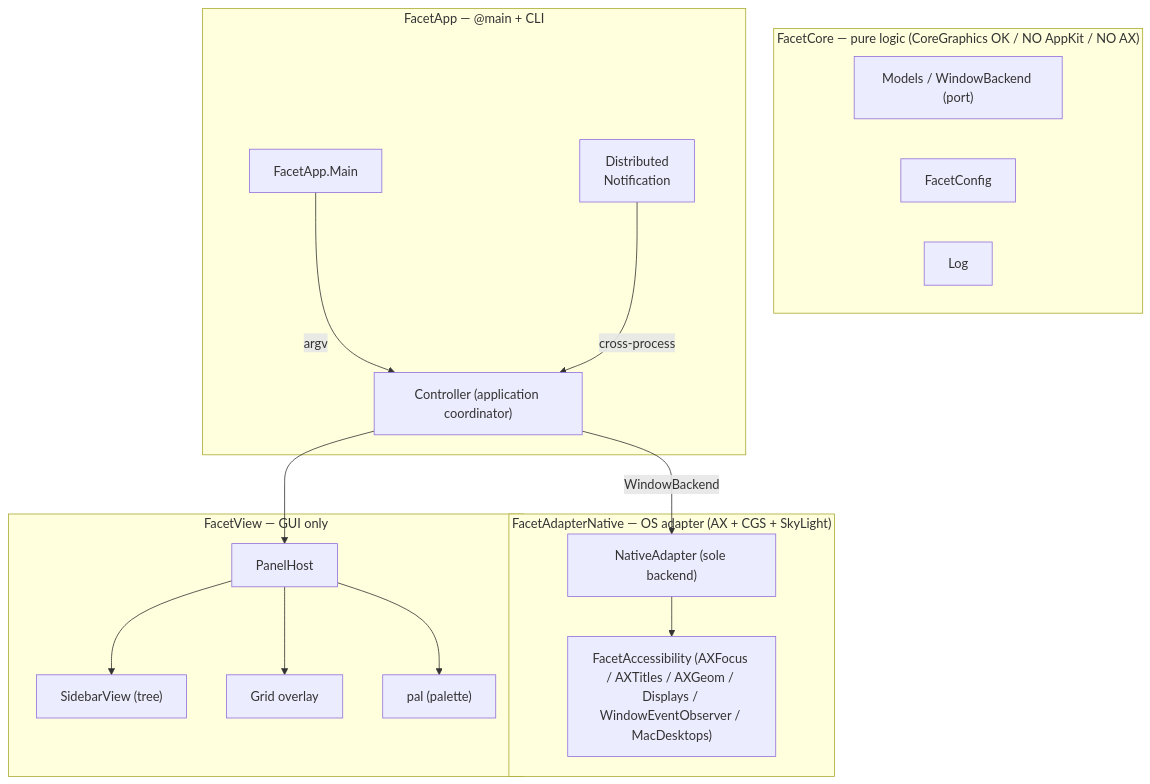
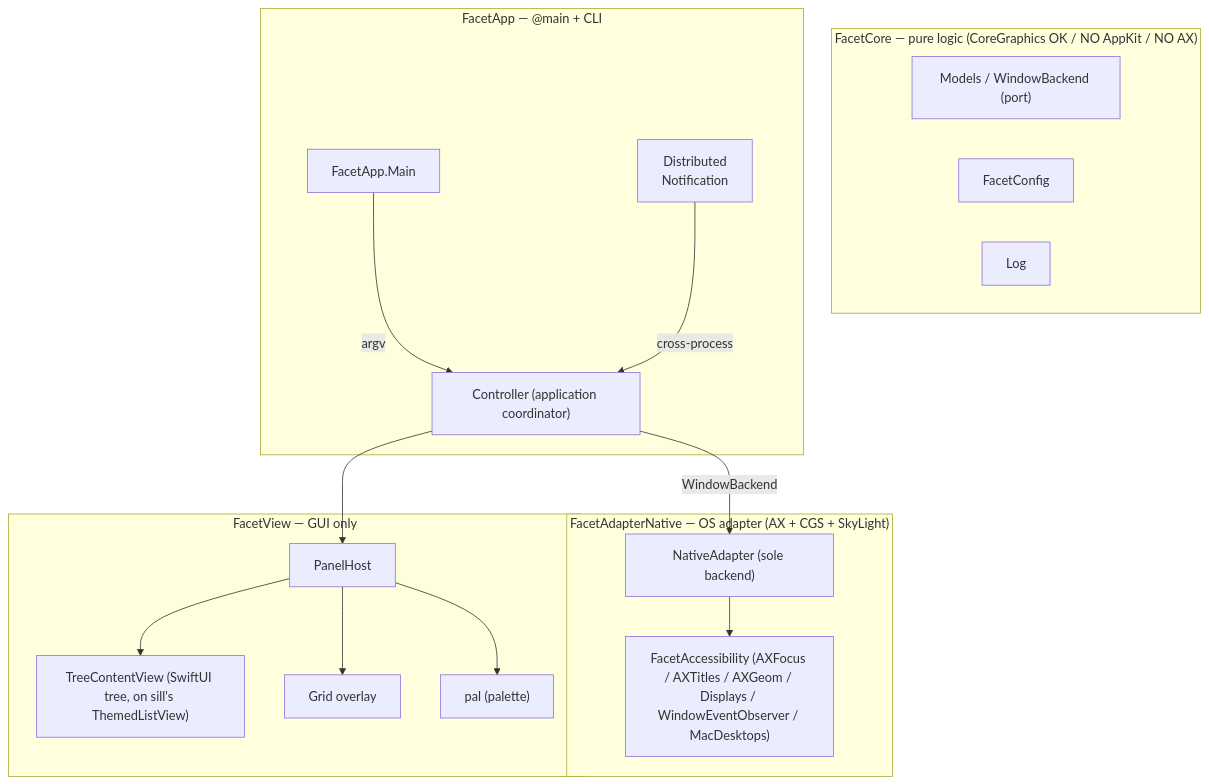
Before and after one commit to akira-toriyama/facet: the diagram in docs/glossary.md, drawn with Mermaid. The commit also changed other lines of this file and 4 other files, not shown here.

First line of the commit message:
:memo:(docs)= post-sill-migration doc re-alignment — manifest comment drift + the retired AppKit tree documented as live (#465)

````diff
--- a/docs/glossary.md
+++ b/docs/glossary.md
@@ -45,31 +45,31 @@
 ```mermaid
 flowchart TB
   subgraph CORE["FacetCore — pure logic (CoreGraphics OK / NO AppKit / NO AX)"]
     MODELS["Models / WindowBackend (port)"]
     CONFIG["FacetConfig"]
     LOG["Log"]
   end
   subgraph ADAPTER["FacetAdapterNative — OS adapter (AX + CGS + SkyLight)"]
     NATIVE["NativeAdapter (sole backend)"]
     AXHELPERS["FacetAccessibility (AXFocus / AXTitles / AXGeom / Displays / WindowEventObserver / MacDesktops)"]
   end
   subgraph VIEW["FacetView — GUI only"]
     PANELHOST["PanelHost"]
-    SIDEBAR["SidebarView (tree)"]
+    SIDEBAR["TreeContentView (SwiftUI tree, on sill's ThemedListView)"]
     GRID["Grid overlay"]
     THEME["pal (palette)"]
   end
   subgraph APP["FacetApp — @main + CLI"]
     MAIN["FacetApp.Main"]
     CTRL["Controller (application coordinator)"]
     DNC["Distributed<br/>Notification"]
   end
   MAIN -->|argv| CTRL
   DNC -->|cross-process| CTRL
   CTRL -->|WindowBackend| NATIVE
   NATIVE --> AXHELPERS
   CTRL --> PANELHOST
   PANELHOST --> SIDEBAR
   PANELHOST --> GRID
   PANELHOST --> THEME
 ```
````
